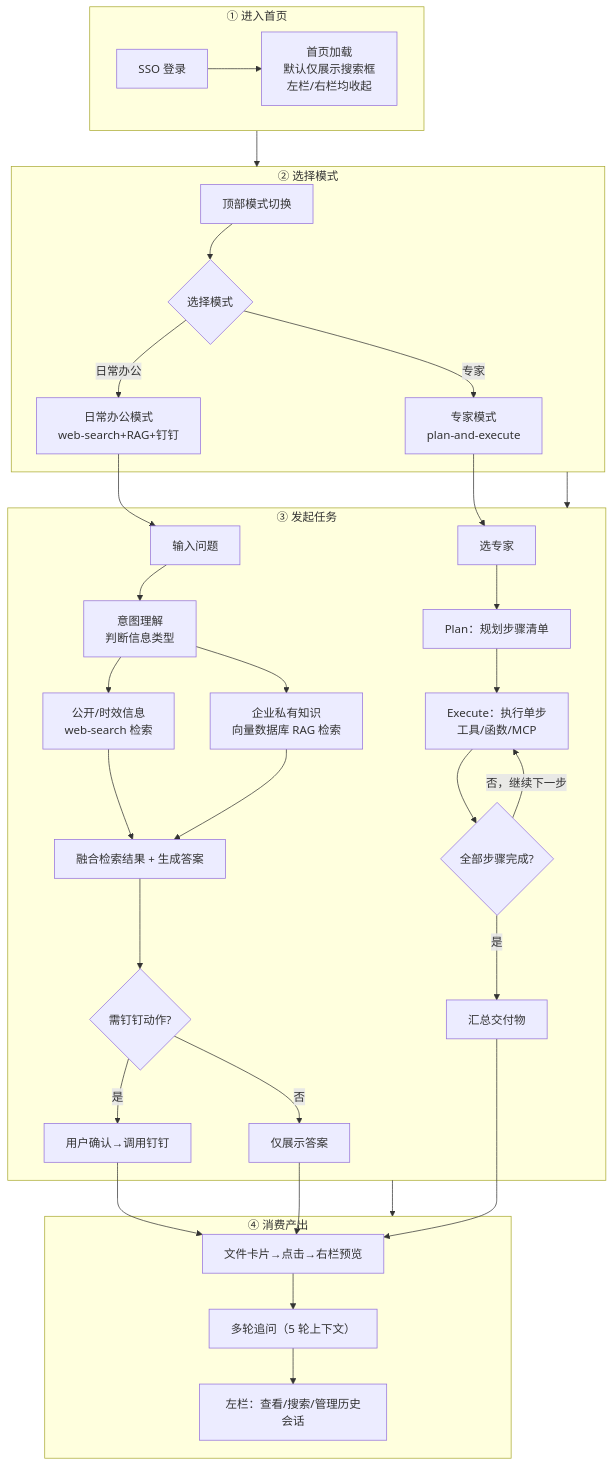
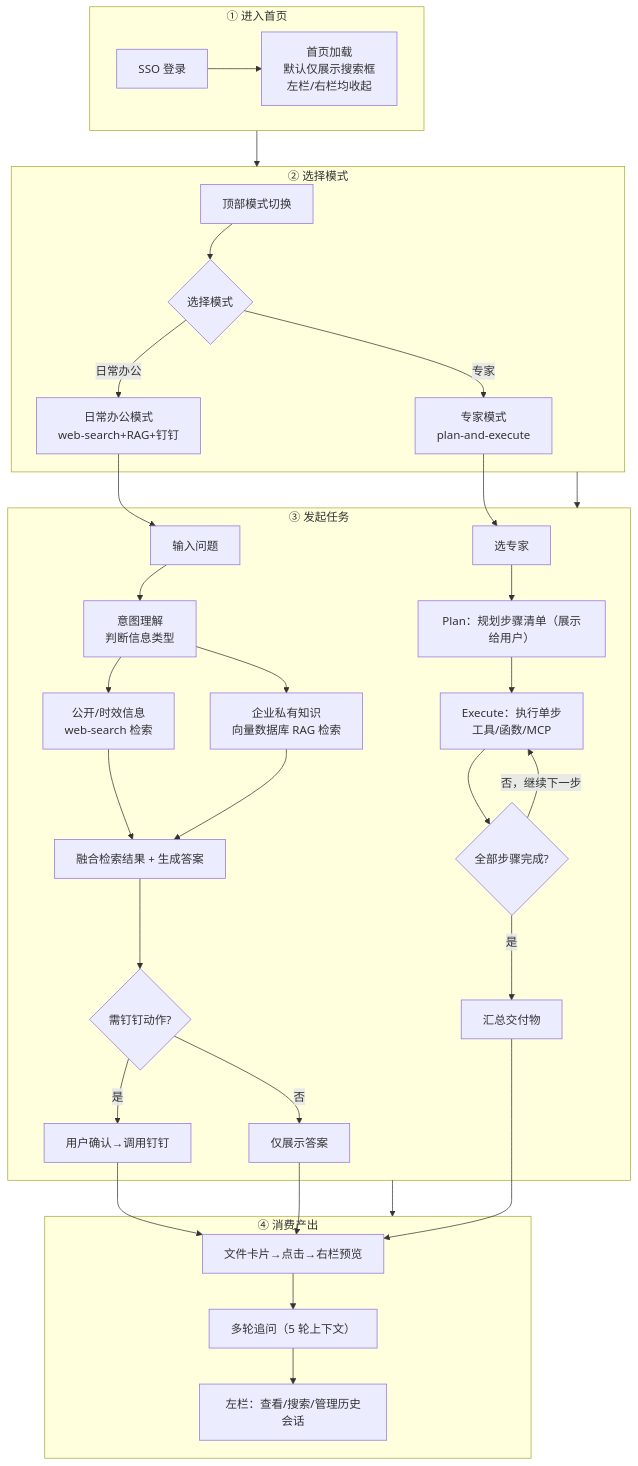
One commit to fri555/PORTL changed the second of 12 diagrams in docs/需求文档/20260709-【PRD】AI工作台-首页智能体-天马智擎.md. Above: the diagram before and after it, drawn with Mermaid. The commit also changed other lines of this file, not shown here.

````diff
--- a/docs/需求文档/20260709-【PRD】AI工作台-首页智能体-天马智擎.md
+++ b/docs/需求文档/20260709-【PRD】AI工作台-首页智能体-天马智擎.md
@@ -274,43 +274,43 @@
 ```mermaid
 flowchart TB
     S1 --> S2
     S2 --> S3
     S3 --> S4
 
     subgraph S1["① 进入首页"]
         S1a["SSO 登录"] --> S1b["首页加载<br/>默认仅展示搜索框<br/>左栏/右栏均收起"]
     end
 
     subgraph S2["② 选择模式"]
         S2a["顶部模式切换"] --> S2b{"选择模式"}
         S2b -->|"日常办公"| S2c["日常办公模式<br/>web-search+RAG+钉钉"]
         S2b -->|"专家"| S2d["专家模式<br/>plan-and-execute"]
     end
 
     subgraph S3["③ 发起任务"]
         S2c --> S3a["输入问题"]
         S3a --> S3b["意图理解<br/>判断信息类型"]
         S3b --> S3b1["公开/时效信息<br/>web-search 检索"]
         S3b --> S3b2["企业私有知识<br/>向量数据库 RAG 检索"]
         S3b1 --> S3b3["融合检索结果 + 生成答案"]
         S3b2 --> S3b3
         S3b3 --> S3c{"需钉钉动作?"}
         S3c -->|"是"| S3d["用户确认→调用钉钉"]
         S3c -->|"否"| S3e["仅展示答案"]
 
         S2d --> S3f["选专家"]
-        S3f --> S3g["Plan：规划步骤清单"]
+        S3f --> S3g["Plan：规划步骤清单（展示给用户）"]
         S3g --> S3i["Execute：执行单步<br/>工具/函数/MCP"]
         S3i --> S3j{"全部步骤完成?"}
         S3j -->|"否，继续下一步"| S3i
         S3j -->|"是"| S3k["汇总交付物"]
     end
 
     subgraph S4["④ 消费产出"]
         S3e --> S4a["文件卡片→点击→右栏预览"]
         S3d --> S4a
         S3k --> S4a
         S4a --> S4b["多轮追问（5 轮上下文）"]
         S4b --> S4c["左栏：查看/搜索/管理历史会话"]
     end
 ```
````
